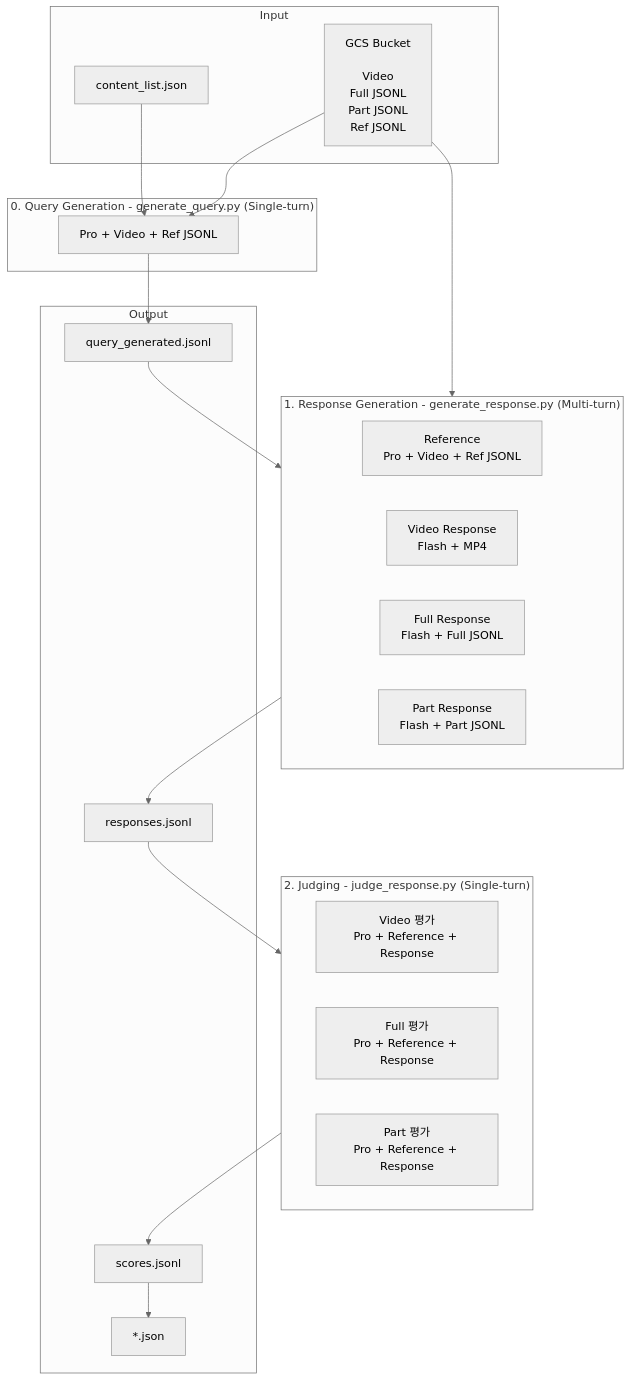
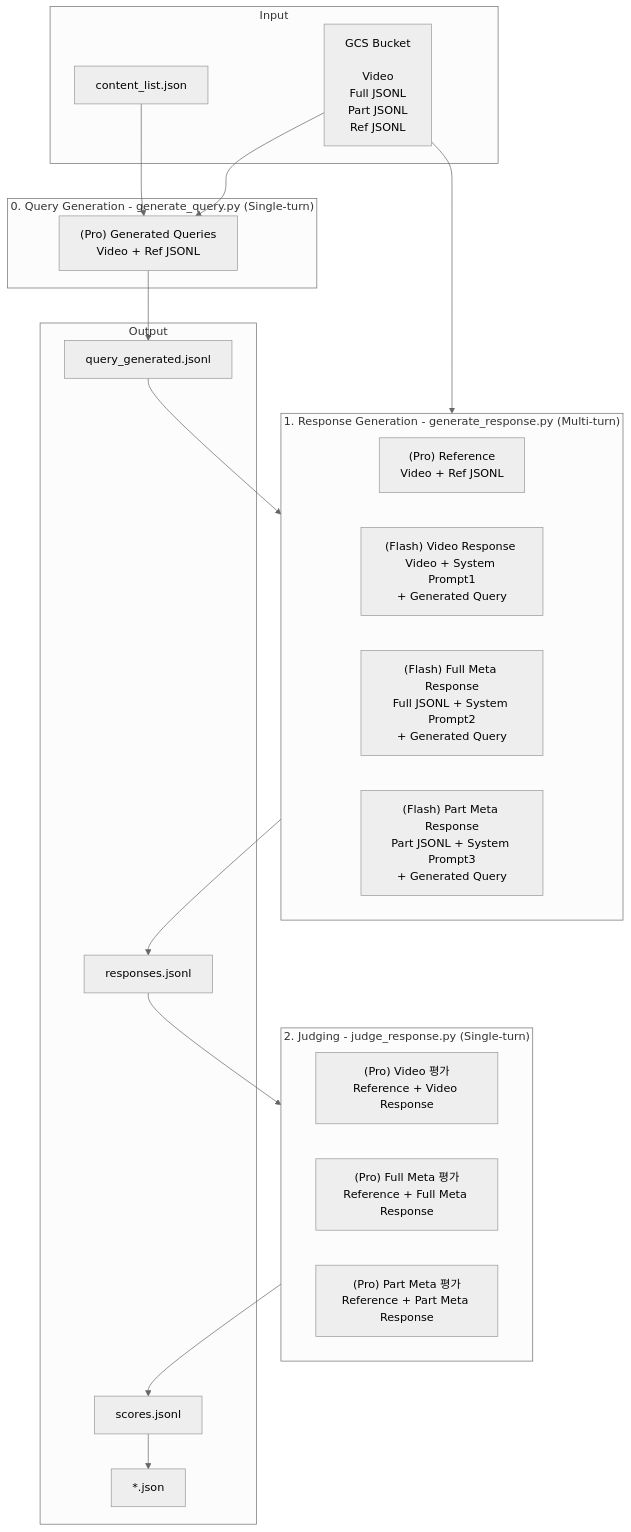
One commit to obeychoi0120/LLMJudge changed the diagram in README.md. Above: the diagram before and after it, drawn with Mermaid (neutral theme).

````diff
--- a/README.md
+++ b/README.md
@@ -13,43 +13,43 @@
 ```mermaid
 flowchart TB
     subgraph INPUT["Input"]
         CL["content_list.json"]
         GCS["GCS Bucket\n\nVideo\nFull JSONL\nPart JSONL\nRef JSONL"]
     end
 
     subgraph STAGE0["0. Query Generation - generate_query.py (Single-turn)"]
-        QG["Pro + Video + Ref JSONL"]
+        QG["(Pro) Generated Queries\nVideo + Ref JSONL"]
     end
 
     subgraph STAGE1["1. Response Generation - generate_response.py (Multi-turn)"]
         direction LR
-        REF["Reference\nPro + Video + Ref JSONL"]
-        MODE_V["Video Response\nFlash + MP4"]
-        MODE_F["Full Response\nFlash + Full JSONL"]
-        MODE_P["Part Response\nFlash + Part JSONL"]
+        REF["(Pro) Reference\nVideo + Ref JSONL"]
+        MODE_V["(Flash) Video Response \nVideo + System Prompt1\n+ Generated Query"]
+        MODE_F["(Flash) Full Meta Response\nFull JSONL + System Prompt2\n+ Generated Query"]
+        MODE_P["(Flash) Part Meta Response\nPart JSONL + System Prompt3\n+ Generated Query"]
     end 
 
     subgraph STAGE2["2. Judging - judge_response.py (Single-turn)"]
         direction LR
-        J_V["Video 평가\nPro + Reference + Response"]
-        J_F["Full 평가\nPro + Reference + Response"]
-        J_P["Part 평가\nPro + Reference + Response"]   
+        J_V["(Pro) Video 평가\nReference + Video Response"]
+        J_F["(Pro) Full Meta 평가\nReference + Full Meta Response"]
+        J_P["(Pro) Part Meta 평가\nReference + Part Meta Response"]   
     end
 
     subgraph OUTPUT["Output"]
         QGO["query_generated.jsonl"]
         RSP["responses.jsonl"]
         SCR["scores.jsonl"]
         JSON["*.json"]
     end
 
     CL --> QG
     GCS --> QG
     QG --> QGO
     QGO --> STAGE1
     GCS --> STAGE1
     STAGE1 --> RSP
     RSP --> STAGE2
     STAGE2 --> SCR
     SCR --> JSON
 ```
````
